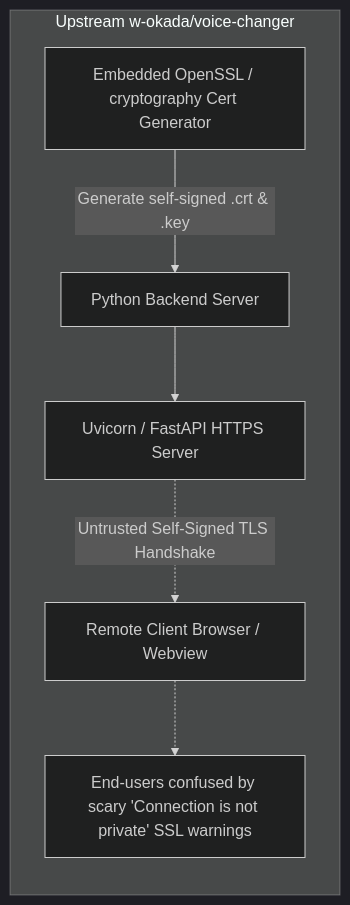
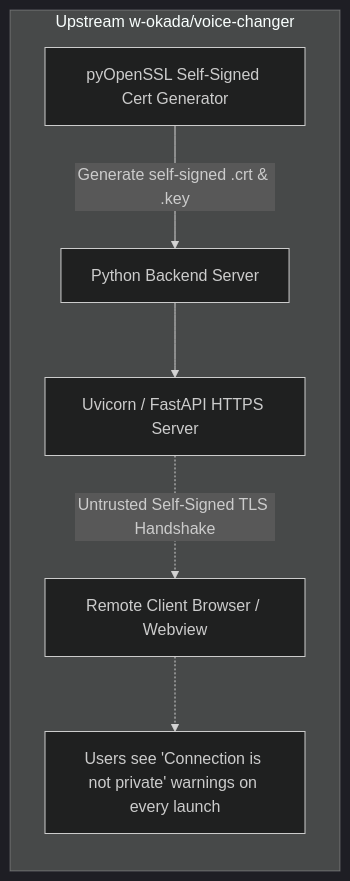
Before and after one commit to Maki-Daisuke/vcclient-forge: the first of 2 diagrams in okf/remote-backend-tcp-proxy-architecture.md, drawn with Mermaid (dark theme). The commit also changed other lines of this file and 1 other file, not shown here.

First line of the commit message:
docs(okf): make the remote proxy architecture note fact-grounded

````diff
--- a/okf/remote-backend-tcp-proxy-architecture.md
+++ b/okf/remote-backend-tcp-proxy-architecture.md
@@ -56,18 +56,18 @@
 ```mermaid
 flowchart TD
     subgraph UpstreamApproach ["Upstream w-okada/voice-changer"]
         direction TB
         ServerPy["Python Backend Server"]
-        CertGen["Embedded OpenSSL / cryptography Cert Generator"]
+        CertGen["pyOpenSSL Self-Signed Cert Generator"]
         HTTPServer["Uvicorn / FastAPI HTTPS Server"]
 
         CertGen -->|"Generate self-signed .crt & .key"| ServerPy
         ServerPy --> HTTPServer
 
         ClientBrowser["Remote Client Browser / Webview"]
         HTTPServer -.->|"Untrusted Self-Signed TLS Handshake"| ClientBrowser
 
-        UserPain["End-users confused by scary 'Connection is not private' SSL warnings"]
+        UserPain["Users see 'Connection is not private' warnings on every launch"]
         ClientBrowser -.-> UserPain
     end
 ```
````
